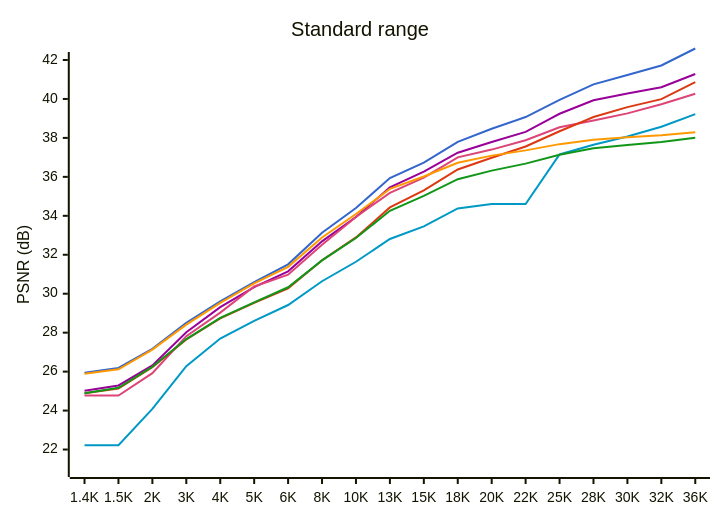
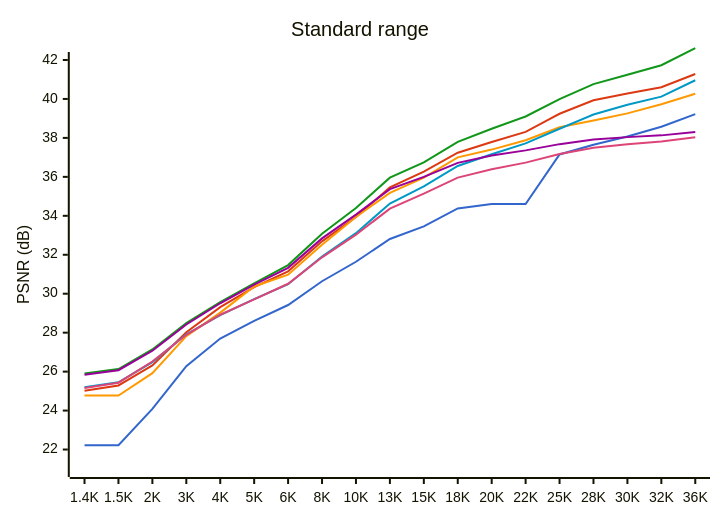
The second of 2 diagrams in results.md (lieff/miniwtpc), drawn with Mermaid before and after one commit. The commit also changed other lines of this file and 34 other files, not shown here.

````diff
--- a/results.md
+++ b/results.md
@@ -28,14 +28,14 @@
 ```mermaid
-%%{init: {"themeVariables": {"xyChart": {"plotColorPalette": "#0099c6, #990099, #dd4477, #3366cc, #dc3912, #ff9900, #109618"}}}}%%
+%%{init: {"themeVariables": {"xyChart": {"plotColorPalette": "#3366cc, #dc3912, #ff9900, #109618, #0099c6, #990099, #dd4477"}}}}%%
 xychart-beta
     title "Standard range"
     y-axis "PSNR (dB)" 21 --> 42
     x-axis ["1.4K", "1.5K", "2K", "3K", "4K", "5K", "6K", "8K", "10K", "13K", "15K", "18K", "20K", "22K", "25K", "28K", "30K", "32K", "36K"]
     line "JPEG" [22.22, 22.22, 24.09, 26.28, 27.70, 28.61, 29.42, 30.64, 31.64, 32.81, 33.46, 34.38, 34.60, 34.60, 37.15, 37.65, 38.07, 38.57, 39.22]
     line "JPEG2000" [25.02, 25.29, 26.32, 28.02, 29.31, 30.34, 31.15, 32.69, 33.94, 35.46, 36.27, 37.24, 37.79, 38.31, 39.24, 39.93, 40.28, 40.60, 41.28]
     line "JPEGXL" [24.77, 24.77, 25.92, 27.82, 29.03, 30.37, 30.98, 32.51, 33.94, 35.18, 35.96, 37.00, 37.40, 37.88, 38.55, 38.89, 39.26, 39.73, 40.27]
-    line "WTPC EBC" [25.94, 26.19, 27.17, 28.51, 29.61, 30.59, 31.51, 33.13, 34.40, 35.94, 36.73, 37.80, 38.47, 39.07, 39.95, 40.75, 41.23, 41.72, 42.59]
-    line "WTPC Huff" [24.89, 25.13, 26.23, 27.65, 28.73, 29.53, 30.27, 31.72, 32.89, 34.43, 35.31, 36.38, 36.98, 37.56, 38.34, 39.07, 39.58, 39.99, 40.86]
-    line "W420 EBC" [25.89, 26.12, 27.13, 28.41, 29.53, 30.53, 31.38, 32.89, 34.09, 35.38, 36.02, 36.72, 37.09, 37.36, 37.68, 37.91, 38.03, 38.14, 38.29]
-    line "W420 Huff" [24.89, 25.17, 26.25, 27.67, 28.76, 29.56, 30.33, 31.71, 32.86, 34.26, 35.02, 35.88, 36.32, 36.68, 37.13, 37.47, 37.64, 37.79, 38.01]
+    line "WTPC EBC" [25.90, 26.13, 27.14, 28.49, 29.57, 30.53, 31.47, 33.08, 34.40, 35.96, 36.74, 37.80, 38.47, 39.10, 39.99, 40.76, 41.24, 41.73, 42.61]
+    line "WTPC Huff" [25.20, 25.45, 26.49, 27.92, 28.90, 29.72, 30.49, 31.91, 33.11, 34.63, 35.51, 36.56, 37.16, 37.72, 38.47, 39.20, 39.70, 40.12, 40.96]
+    line "W420 EBC" [25.84, 26.07, 27.07, 28.42, 29.51, 30.47, 31.33, 32.84, 34.06, 35.37, 36.00, 36.72, 37.10, 37.36, 37.68, 37.92, 38.04, 38.13, 38.30]
+    line "W420 Huff" [25.16, 25.43, 26.52, 27.89, 28.92, 29.71, 30.51, 31.87, 33.03, 34.37, 35.14, 35.96, 36.39, 36.73, 37.17, 37.50, 37.67, 37.81, 38.03]
 ```
````
